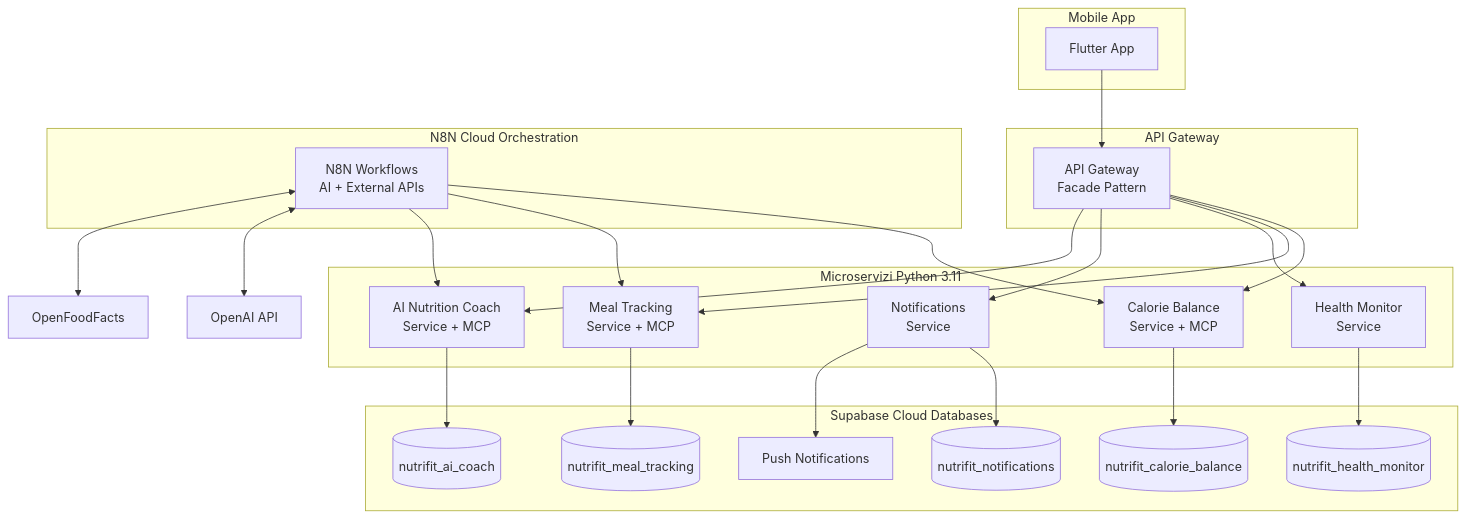
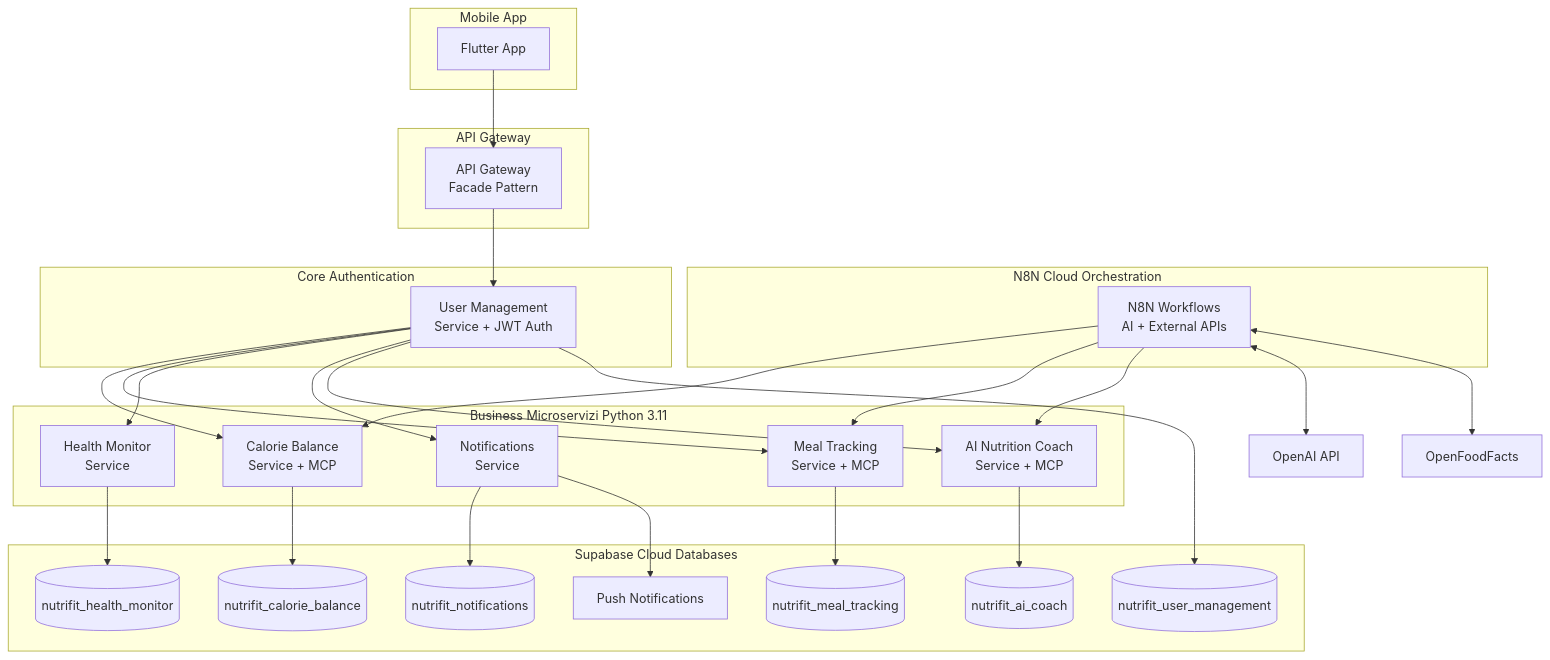
The diagram in docs/microservizi_python.md (giamma80/gymbro-platform), drawn with Mermaid before and after one commit. The commit also changed other lines of this file and 3 other files, not shown here.

First line of the commit message:
DOCS: Update all documentation for User Management Service

````diff
--- a/docs/microservizi_python.md
+++ b/docs/microservizi_python.md
@@ -21,51 +21,58 @@
 ```mermaid
 graph TB
     subgraph "Mobile App"
         FLUTTER[Flutter App]
     end
     
     subgraph "API Gateway"
         GATEWAY[API Gateway<br/>Facade Pattern]
     end
     
     subgraph "N8N Cloud Orchestration"
         N8N[N8N Workflows<br/>AI + External APIs]
     end
     
-    subgraph "Microservizi Python 3.11"
+    subgraph "Core Authentication"
+        UM[User Management<br/>Service + JWT Auth]
+    end
+    
+    subgraph "Business Microservizi Python 3.11"
         CB[Calorie Balance<br/>Service + MCP]
         MT[Meal Tracking<br/>Service + MCP]
         HM[Health Monitor<br/>Service]
         NS[Notifications<br/>Service]
         AI[AI Nutrition Coach<br/>Service + MCP]
     end
     
     subgraph "Supabase Cloud Databases"
+        DB0[(nutrifit_user_management)]
         DB1[(nutrifit_calorie_balance)]
         DB2[(nutrifit_meal_tracking)]
         DB3[(nutrifit_health_monitor)]
         DB4[(nutrifit_notifications)]
         DB5[(nutrifit_ai_coach)]
         PUSH[Push Notifications]
     end
     
     FLUTTER --> GATEWAY
-    GATEWAY --> CB
-    GATEWAY --> MT
-    GATEWAY --> HM
-    GATEWAY --> NS
-    GATEWAY --> AI
+    GATEWAY --> UM
+    UM --> CB
+    UM --> MT
+    UM --> HM
+    UM --> NS
+    UM --> AI
     
     N8N --> CB
     N8N --> MT
     N8N --> AI
     N8N <--> OPENAI[OpenAI API]
     N8N <--> OFF[OpenFoodFacts]
     
+    UM --> DB0
     CB --> DB1
     MT --> DB2
     HM --> DB3
     NS --> DB4
     AI --> DB5
     NS --> PUSH
 ```
````
